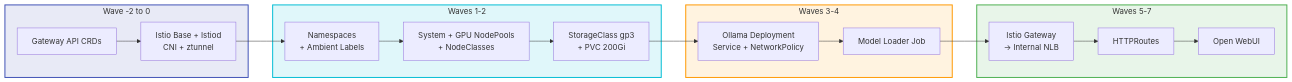
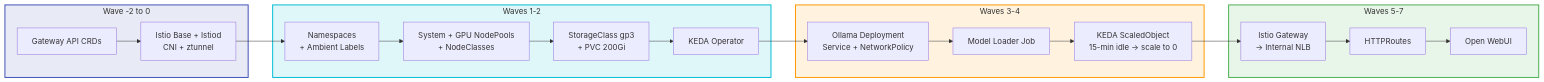
The fourth of 4 diagrams in README.md (shanaka-versent/Ollama-on-EKS), drawn with Mermaid before and after one commit. The commit also changed other lines of this file and 8 other files, not shown here.

First line of the commit message:
feat: KEDA auto-scale-to-zero for Ollama GPU nodes

````diff
--- a/README.md
+++ b/README.md
@@ -645,31 +668,33 @@
 ```mermaid
 flowchart LR
     subgraph W0["Wave -2 to 0"]
         CRD["Gateway API CRDs"]
         ISTIO["Istio Base + Istiod\nCNI + ztunnel"]
     end
 
     subgraph W1["Waves 1-2"]
         NS["Namespaces\n+ Ambient Labels"]
         NP["System + GPU NodePools\n+ NodeClasses"]
         ST["StorageClass gp3\n+ PVC 200Gi"]
+        KEDA["KEDA Operator"]
     end
 
     subgraph W2["Waves 3-4"]
         OLM["Ollama Deployment\nService + NetworkPolicy"]
         ML["Model Loader Job"]
+        KSO["KEDA ScaledObject\n15-min idle → scale to 0"]
     end
 
     subgraph W3["Waves 5-7"]
         GW["Istio Gateway\n→ Internal NLB"]
         HR["HTTPRoutes"]
         WUI["Open WebUI"]
     end
 
-    CRD --> ISTIO --> NS --> NP --> ST --> OLM --> ML --> GW --> HR --> WUI
+    CRD --> ISTIO --> NS --> NP --> ST --> KEDA --> OLM --> ML --> KSO --> GW --> HR --> WUI
 
     style W0 fill:#e8eaf6,stroke:#3f51b5,stroke-width:2px
     style W1 fill:#e0f7fa,stroke:#00bcd4,stroke-width:2px
     style W2 fill:#fff3e0,stroke:#ff9800,stroke-width:2px
     style W3 fill:#e8f5e9,stroke:#4caf50,stroke-width:2px
 ```
````
